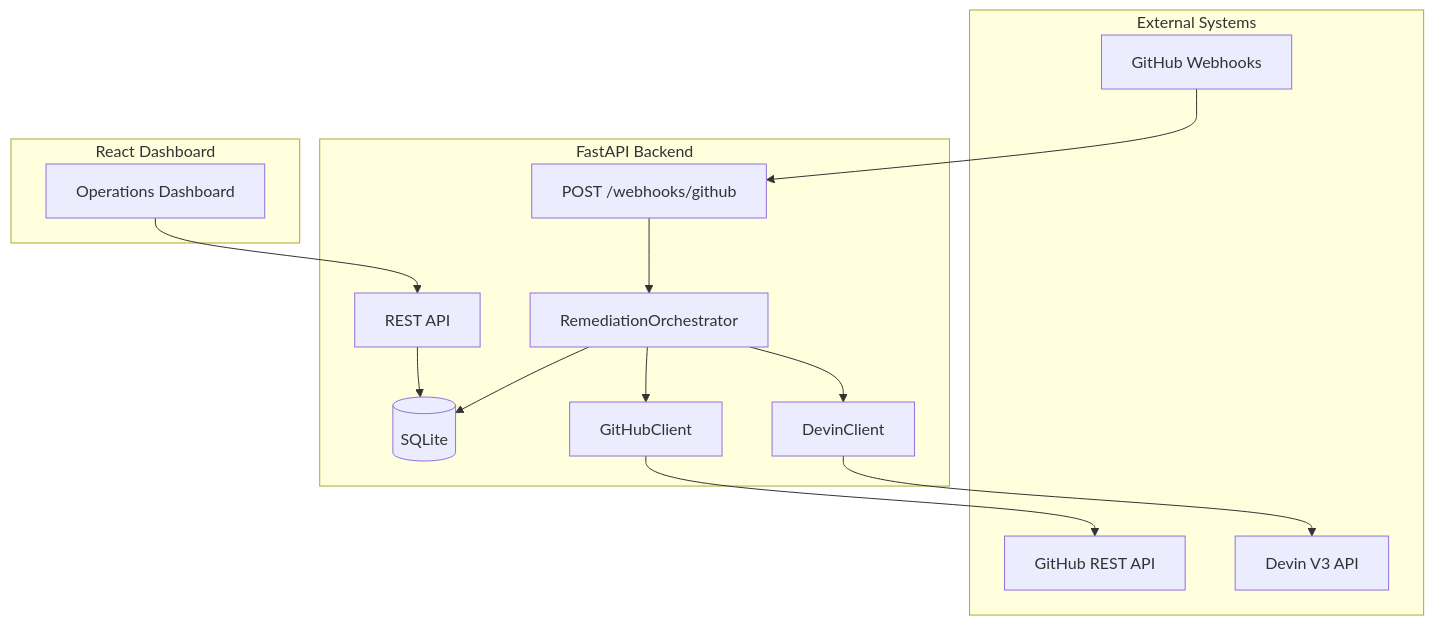
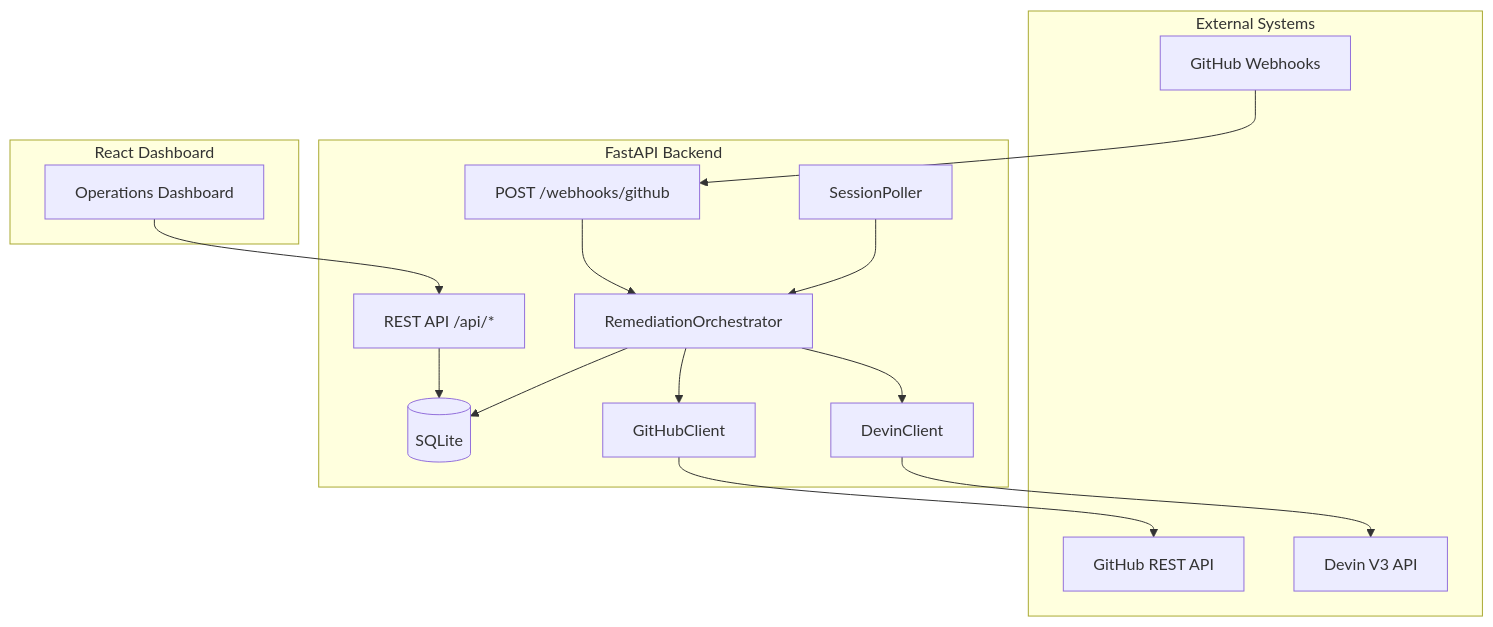
One commit to onefifteen-z/devin-remediation-orchestrator changed the first of 8 diagrams in docs/architecture.md. Above: the diagram before and after it, drawn with Mermaid. The commit also changed other lines of this file and 11 other files, not shown here.

First line of the commit message:
feat: color throughput chart by trigger source and reorganize docs

````diff
--- a/docs/architecture.md
+++ b/docs/architecture.md
@@ -9,27 +13,29 @@
 ```mermaid
 flowchart TB
   subgraph external [External Systems]
     GH[GitHub Webhooks]
     DevinAPI[Devin V3 API]
     GHAPI[GitHub REST API]
   end
 
   subgraph backend [FastAPI Backend]
     WH[POST /webhooks/github]
-    API[REST API]
+    API[REST API /api/*]
     ORCH[RemediationOrchestrator]
     DC[DevinClient]
     GC[GitHubClient]
+    POLL[SessionPoller]
     DB[(SQLite)]
   end
 
   subgraph frontend [React Dashboard]
     DASH[Operations Dashboard]
   end
 
   GH --> WH --> ORCH
   ORCH --> DC --> DevinAPI
   ORCH --> GC --> GHAPI
   ORCH --> DB
+  POLL --> ORCH
   DASH --> API --> DB
 ```
````
